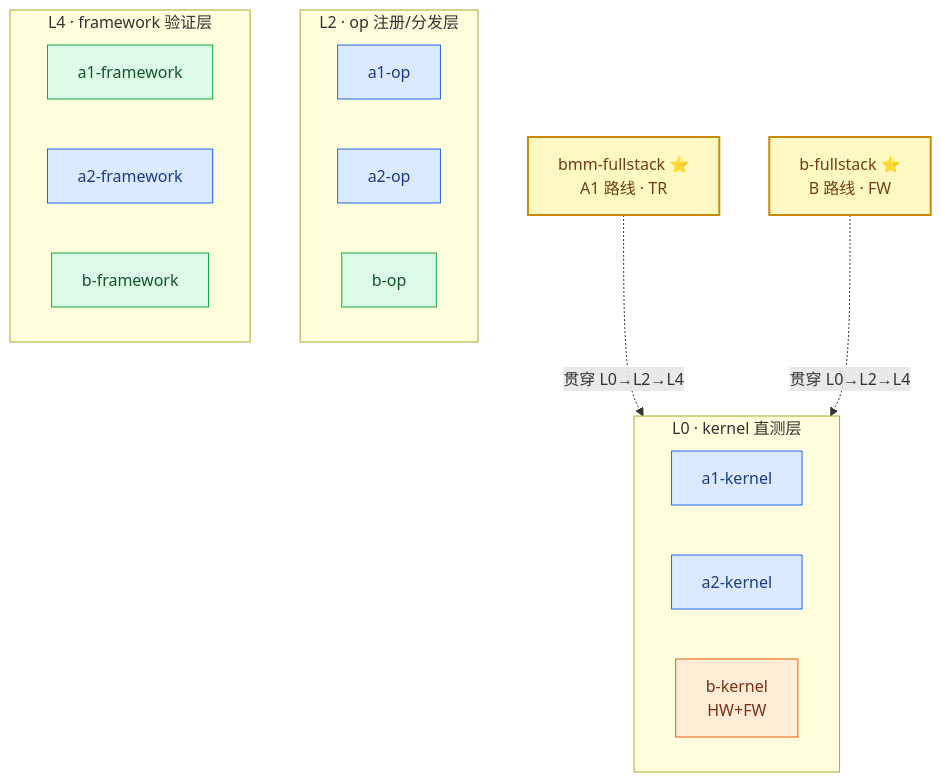
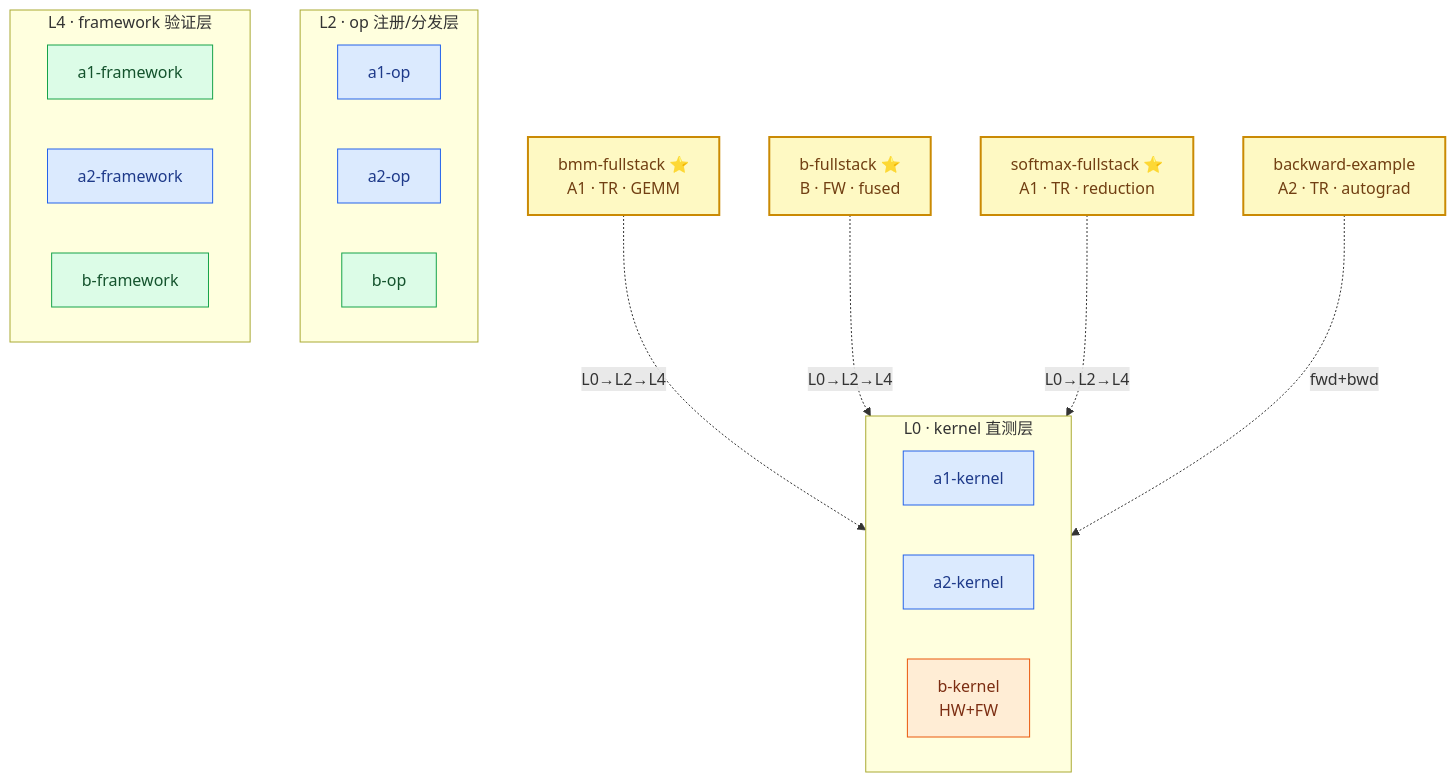
Before and after one commit to FLAG-OP/FlagOS-OP: the diagram in examples/README.md, drawn with Mermaid. The commit also changed other lines of this file and 4 other files, not shown here.

First line of the commit message:
audit: 补齐新样例在全部图/表中的缺失

````diff
--- a/examples/README.md
+++ b/examples/README.md
@@ -8,32 +8,36 @@
 ```mermaid
 flowchart TB
     classDef tr fill:#dbeafe,stroke:#2563eb,color:#1e3a8a
     classDef fw fill:#dcfce7,stroke:#16a34a,color:#14532d
     classDef hw fill:#ffedd5,stroke:#ea580c,color:#7c2d12
     classDef fs fill:#fef9c3,stroke:#ca8a04,stroke-width:2px,color:#713f12
 
     subgraph L0["L0 · kernel 直测层"]
         direction LR
         A1K["a1-kernel"]:::tr
         A2K["a2-kernel"]:::tr
         BK["b-kernel<br/>HW+FW"]:::hw
     end
     subgraph L2["L2 · op 注册/分发层"]
         direction LR
         A1O["a1-op"]:::tr
         A2O["a2-op"]:::tr
         BO["b-op"]:::fw
     end
     subgraph L4["L4 · framework 验证层"]
         direction LR
         A1F["a1-framework"]:::fw
         A2F["a2-framework"]:::tr
         BF["b-framework"]:::fw
     end
 
-    BMM["bmm-fullstack ⭐<br/>A1 路线 · TR"]:::fs
-    BFS["b-fullstack ⭐<br/>B 路线 · FW"]:::fs
+    BMM["bmm-fullstack ⭐<br/>A1 · TR · GEMM"]:::fs
+    BFS["b-fullstack ⭐<br/>B · FW · fused"]:::fs
+    SMX["softmax-fullstack ⭐<br/>A1 · TR · reduction"]:::fs
+    BWD["backward-example<br/>A2 · TR · autograd"]:::fs
 
-    BMM -. "贯穿 L0→L2→L4" .-> A1K
-    BFS -. "贯穿 L0→L2→L4" .-> BK
+    BMM -. "L0→L2→L4" .-> A1K
+    BFS -. "L0→L2→L4" .-> BK
+    SMX -. "L0→L2→L4" .-> A1K
+    BWD -. "fwd+bwd" .-> A2K
 ```
````
